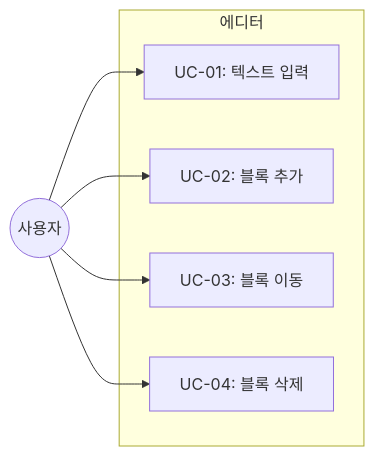
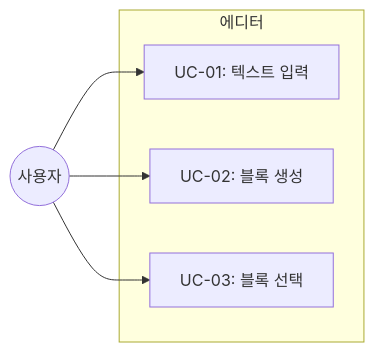
One commit to jongik-sv/orchay changed the first of 2 diagrams in .orchay/projects/notion-like/tasks/TSK-01-01/010-design.md. Above: the diagram before and after it, drawn with Mermaid. The commit also changed other lines of this file and 4 other files, not shown here.

````diff
--- a/.orchay/projects/notion-like/tasks/TSK-01-01/010-design.md
+++ b/.orchay/projects/notion-like/tasks/TSK-01-01/010-design.md
@@ -88,14 +85,12 @@
 ```mermaid
 flowchart LR
     subgraph 에디터
         UC01[UC-01: 텍스트 입력]
-        UC02[UC-02: 블록 추가]
-        UC03[UC-03: 블록 이동]
-        UC04[UC-04: 블록 삭제]
+        UC02[UC-02: 블록 생성]
+        UC03[UC-03: 블록 선택]
     end
 
     사용자((사용자)) --> UC01
     사용자 --> UC02
     사용자 --> UC03
-    사용자 --> UC04
 ```
````
